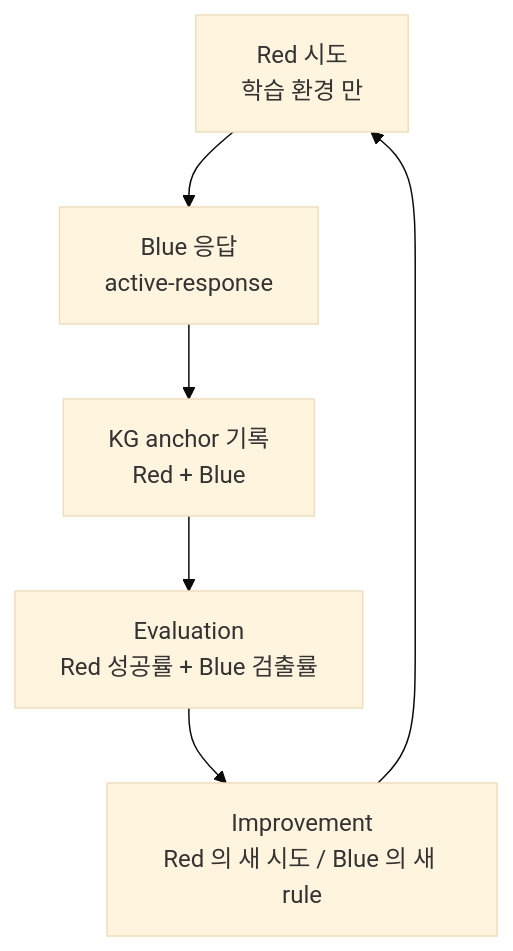
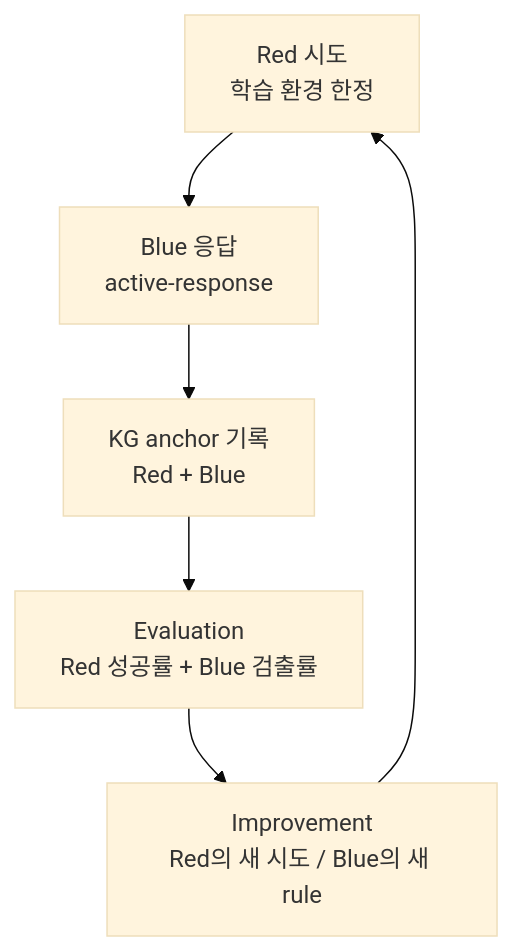
The third of 4 diagrams in contents/standalone/lecture/aisec/week12.md (mrgrit/ccc), drawn with Mermaid (base theme) before and after one commit. The commit also changed other lines of this file and 14 other files, not shown here.

````diff
--- a/contents/standalone/lecture/aisec/week12.md
+++ b/contents/standalone/lecture/aisec/week12.md
@@ -217,8 +578,8 @@
 ```mermaid
 flowchart TB
-    A[Red 시도<br/>학습 환경 만] --> B[Blue 응답<br/>active-response]
+    A[Red 시도<br/>학습 환경 한정] --> B[Blue 응답<br/>active-response]
     B --> C[KG anchor 기록<br/>Red + Blue]
     C --> D[Evaluation<br/>Red 성공률 + Blue 검출률]
-    D --> E[Improvement<br/>Red 의 새 시도 / Blue 의 새 rule]
+    D --> E[Improvement<br/>Red의 새 시도 / Blue의 새 rule]
     E --> A
 ```
````
